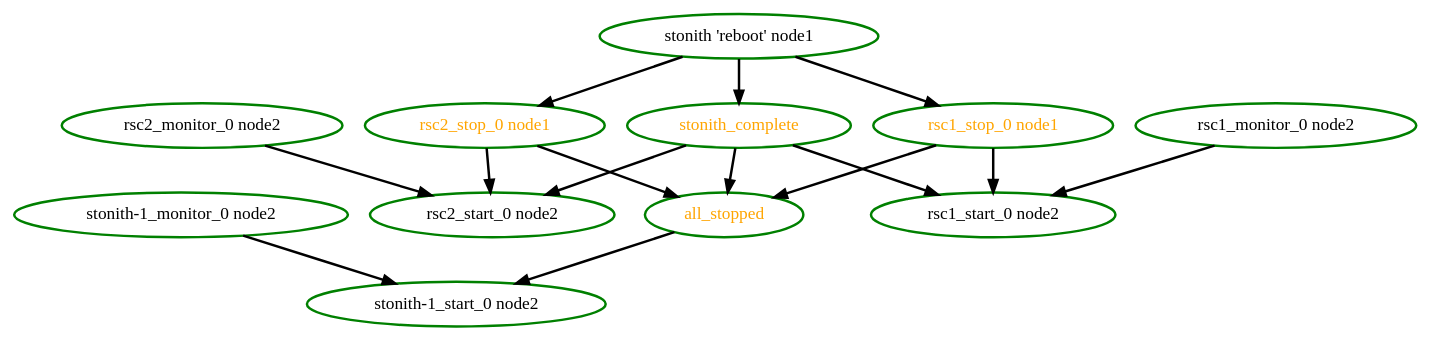
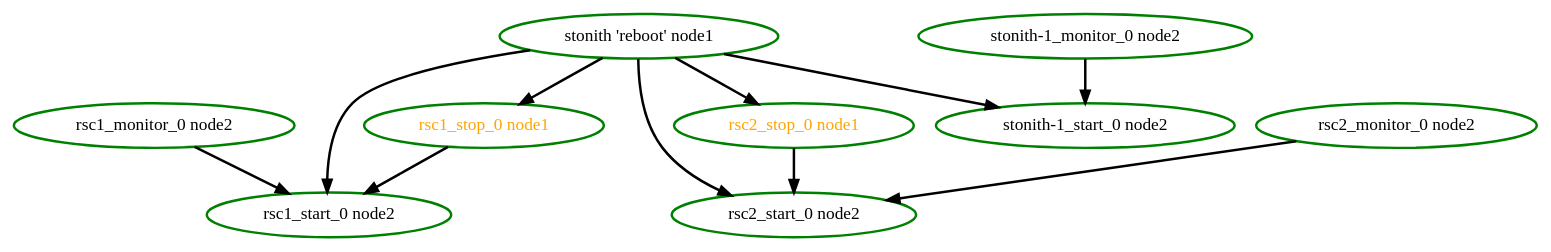
One commit to eurolinux-enterprise-linux-sources/pacemaker changed the diagram in src/pengine/test10/rec-node-4.dot. Above: the diagram before and after it, drawn with Graphviz. The commit also changed 1674 other files, not shown here.

```diff
--- a/src/pengine/test10/rec-node-4.dot
+++ b/src/pengine/test10/rec-node-4.dot
@@ -1,27 +1,21 @@
 digraph "g" {
-"all_stopped" -> "stonith-1_start_0 node2" [ style = bold]
-"all_stopped" [ style=bold color="green" fontcolor="orange" ]
 "rsc1_monitor_0 node2" -> "rsc1_start_0 node2" [ style = bold]
 "rsc1_monitor_0 node2" [ style=bold color="green" fontcolor="black" ]
 "rsc1_start_0 node2" [ style=bold color="green" fontcolor="black" ]
-"rsc1_stop_0 node1" -> "all_stopped" [ style = bold]
 "rsc1_stop_0 node1" -> "rsc1_start_0 node2" [ style = bold]
 "rsc1_stop_0 node1" [ style=bold color="green" fontcolor="orange" ]
 "rsc2_monitor_0 node2" -> "rsc2_start_0 node2" [ style = bold]
 "rsc2_monitor_0 node2" [ style=bold color="green" fontcolor="black" ]
 "rsc2_start_0 node2" [ style=bold color="green" fontcolor="black" ]
-"rsc2_stop_0 node1" -> "all_stopped" [ style = bold]
 "rsc2_stop_0 node1" -> "rsc2_start_0 node2" [ style = bold]
 "rsc2_stop_0 node1" [ style=bold color="green" fontcolor="orange" ]
+"stonith 'reboot' node1" -> "rsc1_start_0 node2" [ style = bold]
 "stonith 'reboot' node1" -> "rsc1_stop_0 node1" [ style = bold]
+"stonith 'reboot' node1" -> "rsc2_start_0 node2" [ style = bold]
 "stonith 'reboot' node1" -> "rsc2_stop_0 node1" [ style = bold]
-"stonith 'reboot' node1" -> "stonith_complete" [ style = bold]
+"stonith 'reboot' node1" -> "stonith-1_start_0 node2" [ style = bold]
 "stonith 'reboot' node1" [ style=bold color="green" fontcolor="black"]
 "stonith-1_monitor_0 node2" -> "stonith-1_start_0 node2" [ style = bold]
 "stonith-1_monitor_0 node2" [ style=bold color="green" fontcolor="black" ]
 "stonith-1_start_0 node2" [ style=bold color="green" fontcolor="black" ]
-"stonith_complete" -> "all_stopped" [ style = bold]
-"stonith_complete" -> "rsc1_start_0 node2" [ style = bold]
-"stonith_complete" -> "rsc2_start_0 node2" [ style = bold]
-"stonith_complete" [ style=bold color="green" fontcolor="orange" ]
 }
```
